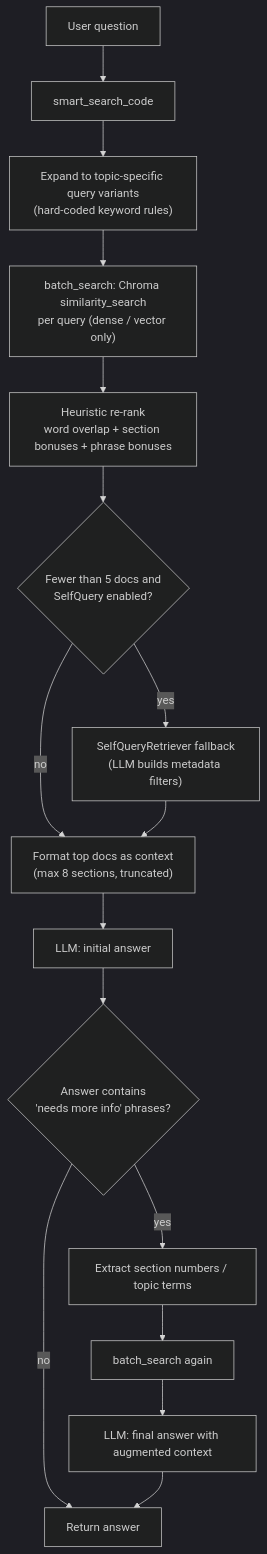
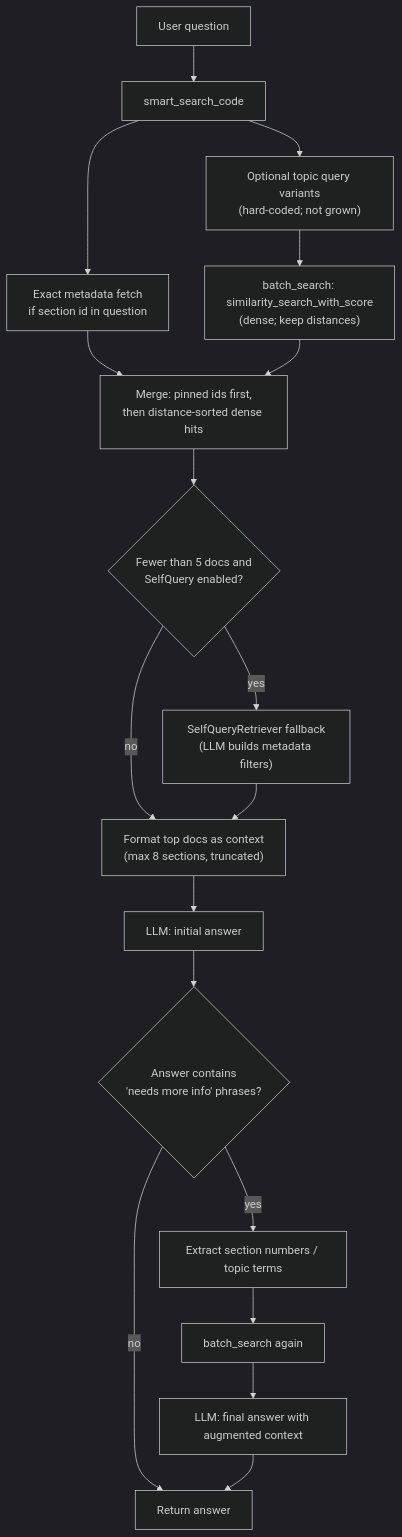
The third of 3 diagrams in docs/ARCHITECTURE.md (TruLie13/El-Paso-AI), drawn with Mermaid (dark theme) before and after one commit. The commit also changed other lines of this file and 5 other files, not shown here.

````diff
--- a/docs/ARCHITECTURE.md
+++ b/docs/ARCHITECTURE.md
@@ -80,18 +80,20 @@
 ```mermaid
 flowchart TD
   Q["User question"] --> S["smart_search_code"]
-  S --> V["Expand to topic-specific query variants\n(hard-coded keyword rules)"]
-  V --> B["batch_search: Chroma similarity_search\nper query (dense / vector only)"]
-  B --> R["Heuristic re-rank\nword overlap + section bonuses + phrase bonuses"]
-  R --> F{"Fewer than 5 docs and\nSelfQuery enabled?"}
+  S --> ID["Exact metadata fetch\nif section id in question"]
+  S --> V["Optional topic query variants\n(hard-coded; not grown)"]
+  V --> B["batch_search: similarity_search_with_score\n(dense; keep distances)"]
+  ID --> M["Merge: pinned ids first,\nthen distance-sorted dense hits"]
+  B --> M
+  M --> F{"Fewer than 5 docs and\nSelfQuery enabled?"}
   F -->|yes| SQ["SelfQueryRetriever fallback\n(LLM builds metadata filters)"]
   F -->|no| G["Format top docs as context\n(max 8 sections, truncated)"]
   SQ --> G
   G --> L1["LLM: initial answer"]
   L1 --> C{"Answer contains\n'needs more info' phrases?"}
   C -->|no| Out["Return answer"]
   C -->|yes| T["Extract section numbers / topic terms"]
   T --> B2["batch_search again"]
   B2 --> L2["LLM: final answer with augmented context"]
   L2 --> Out
 ```
````
